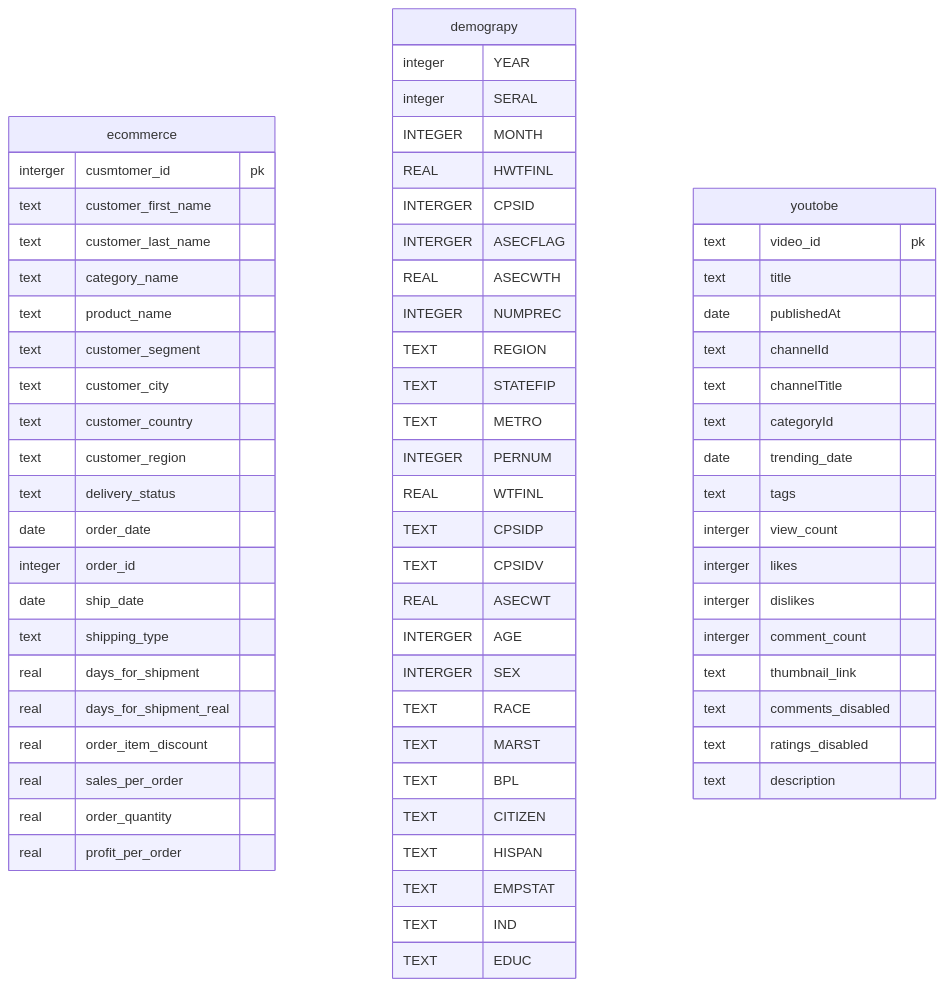
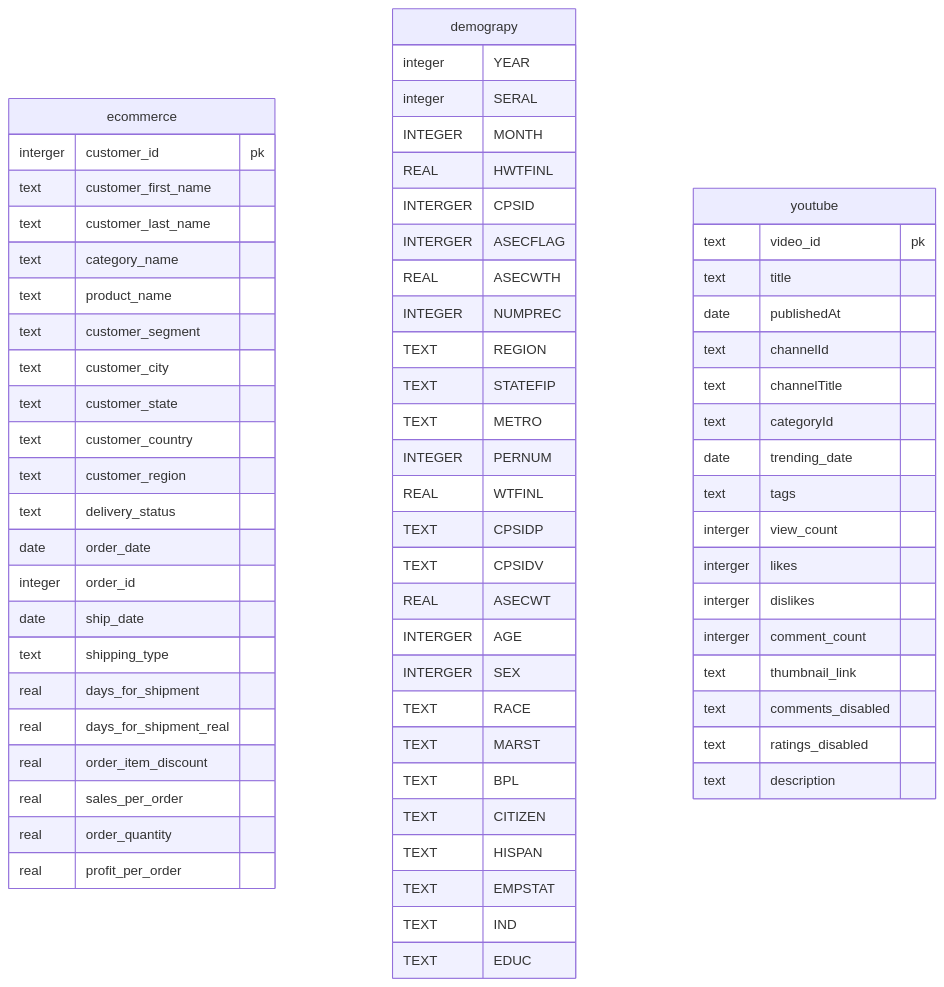
The diagram in ERD/orginal.mmd (gxcuimax/BUSINFO702-2025Q3-Project-group-1), drawn with Mermaid before and after one commit. The commit also changed 6 other files, not shown here.

```diff
--- a/ERD/orginal.mmd
+++ b/ERD/orginal.mmd
@@ -1,71 +1,72 @@
 erDiagram
     ecommerce{
-        interger cusmtomer_id pk
+        interger customer_id pk
         text customer_first_name
         text customer_last_name
         text category_name
         text product_name
         text customer_segment
         text customer_city
+        text customer_state
         text customer_country
         text customer_region
         text delivery_status
         date order_date
         integer order_id
         date ship_date
         text shipping_type
         real days_for_shipment
         real days_for_shipment_real
         real order_item_discount
         real sales_per_order
         real order_quantity
         real profit_per_order
     }
 
     demograpy{
         integer YEAR
         integer SERAL
         INTEGER MONTH
         REAL HWTFINL
         INTERGER CPSID
         INTERGER ASECFLAG
         REAL ASECWTH
         INTEGER NUMPREC
         TEXT REGION
         TEXT STATEFIP
         TEXT METRO
         INTEGER PERNUM
         REAL WTFINL
         TEXT CPSIDP
         TEXT CPSIDV
         REAL ASECWT
         INTERGER AGE
         INTERGER SEX
         TEXT RACE
         TEXT MARST
         TEXT BPL
         TEXT CITIZEN
         TEXT HISPAN
         TEXT EMPSTAT
         TEXT IND
         TEXT EDUC
     }
 
-    youtobe{
+    youtube{
         text video_id pk
         text title
         date publishedAt
         text channelId
         text channelTitle
         text categoryId
         date trending_date
         text tags
         interger view_count
         interger likes
         interger dislikes
         interger comment_count
         text thumbnail_link
         text comments_disabled
         text ratings_disabled
         text description
     }
```
